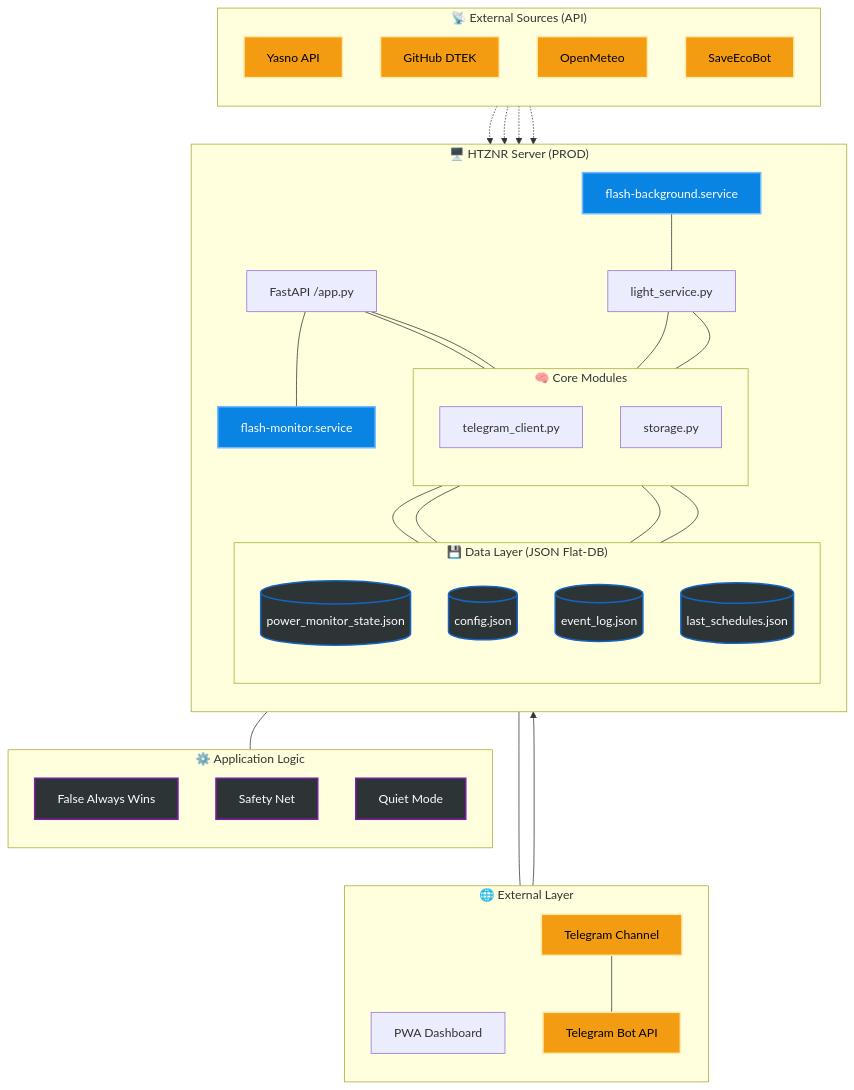
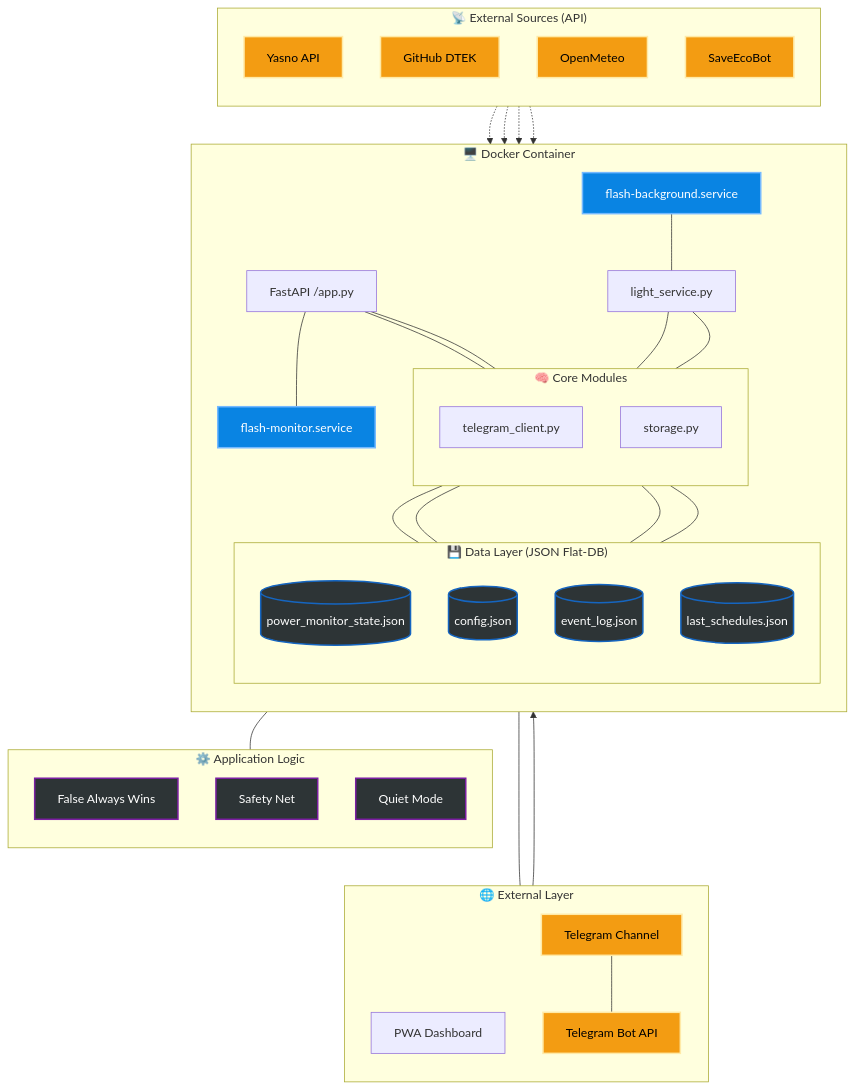
The diagram in README_ENG.md (weby-homelab/flash-monitor-kyiv), drawn with Mermaid before and after one commit. The commit also changed other lines of this file and 1 other file, not shown here.

Commit message:
UI: Update README and Mermaid diagram for Docker Edition

```diff
--- a/README_ENG.md
+++ b/README_ENG.md
@@ -74,7 +74,7 @@
         TG[Telegram Channel] --- BOT[Telegram Bot API]
     end
 
-    subgraph PROD ["🖥️ HTZNR Server (PROD)"]
+    subgraph PROD ["🖥️ Docker Container"]
         direction TB
         
         API[FastAPI /app.py]
```
